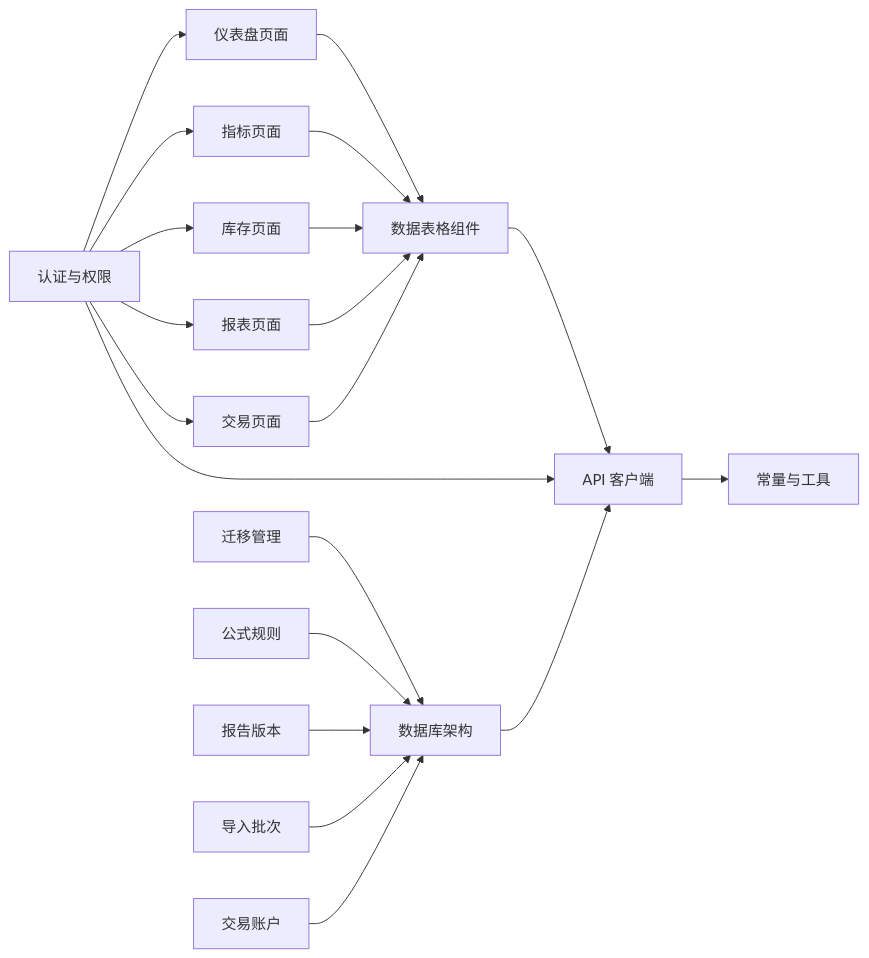
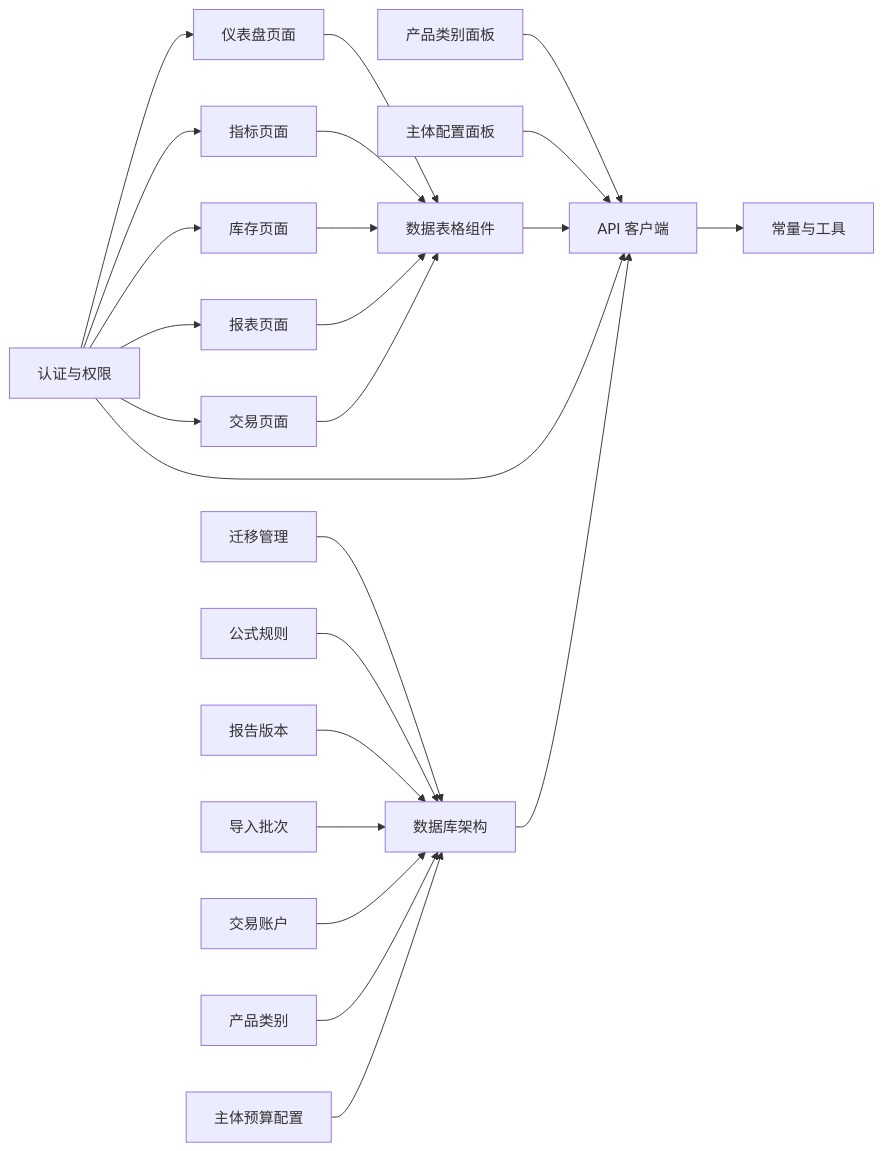
One commit to Damao997/newproject changed the eighth of 9 diagrams in .qoder/repowiki/zh/content/架构设计/数据库架构设计.md. Above: the diagram before and after it, drawn with Mermaid. The commit also changed other lines of this file and 10 other files, not shown here.

````diff
--- a/.qoder/repowiki/zh/content/架构设计/数据库架构设计.md
+++ b/.qoder/repowiki/zh/content/架构设计/数据库架构设计.md
@@ -265,22 +370,26 @@
 ```mermaid
 graph LR
 Dashboard["仪表盘页面"] --> DataTable["数据表格组件"]
 Indicators["指标页面"] --> DataTable
 Inventory["库存页面"] --> DataTable
 Reports["报表页面"] --> DataTable
 Transactions["交易页面"] --> DataTable
-DataTable --> API["API 客户端"]
+ProductCategoryPanel["产品类别面板"] --> API["API 客户端"]
+SubjectBudgetPanel["主体配置面板"] --> API
+DataTable --> API
 API --> Constants["常量与工具"]
 Auth["认证与权限"] --> API
 Auth --> Dashboard
 Auth --> Indicators
 Auth --> Inventory
 Auth --> Reports
 Auth --> Transactions
 Schema["数据库架构"] --> API
 Migration["迁移管理"] --> Schema
 FormulaRules["公式规则"] --> Schema
 ReportVersions["报告版本"] --> Schema
 ImportBatches["导入批次"] --> Schema
 TransactionAccounts["交易账户"] --> Schema
+ProductCategories["产品类别"] --> Schema
+SubjectBudgets["主体预算配置"] --> Schema
 ```
````
